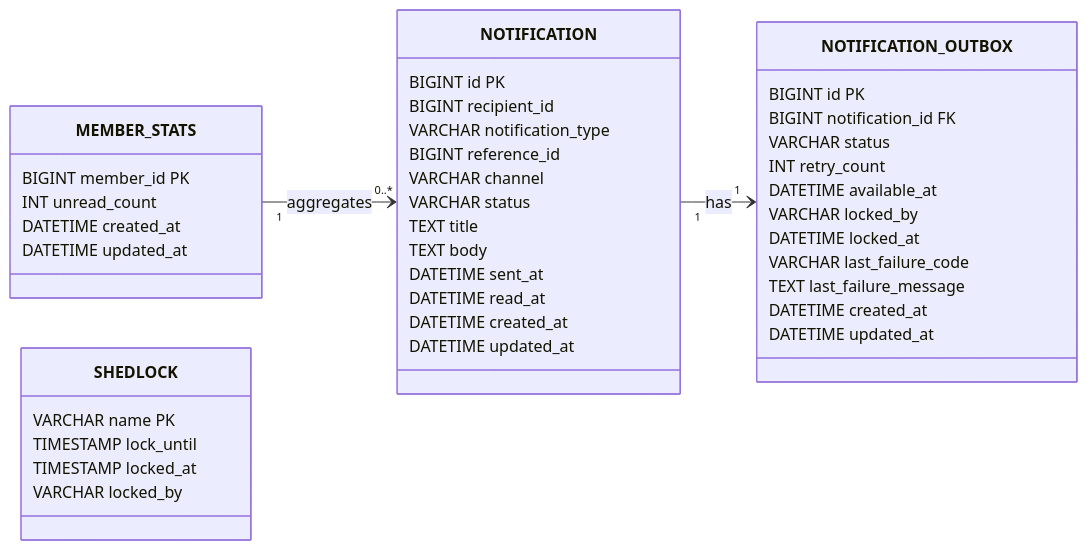
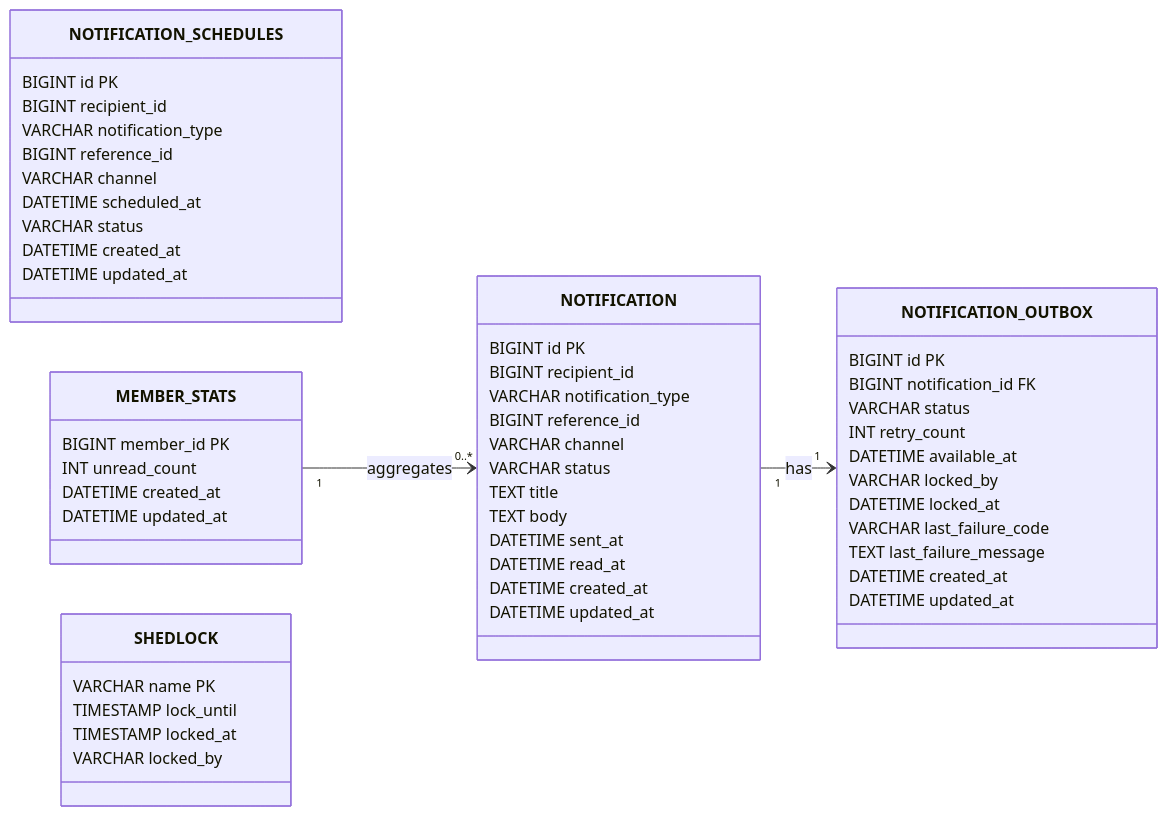
The diagram in README.md (Changha-dev/notification-system-design), drawn with Mermaid before and after one commit. The commit also changed other lines of this file, not shown here.

````diff
--- a/README.md
+++ b/README.md
@@ -153,50 +171,62 @@
 ```mermaid
 classDiagram
     direction LR
 
     class NOTIFICATION {
         BIGINT id PK
         BIGINT recipient_id
         VARCHAR notification_type
         BIGINT reference_id
         VARCHAR channel
         VARCHAR status
         TEXT title
         TEXT body
         DATETIME sent_at
         DATETIME read_at
+        DATETIME created_at
+        DATETIME updated_at
+    }
+
+    class NOTIFICATION_SCHEDULES {
+        BIGINT id PK
+        BIGINT recipient_id
+        VARCHAR notification_type
+        BIGINT reference_id
+        VARCHAR channel
+        DATETIME scheduled_at
+        VARCHAR status
         DATETIME created_at
         DATETIME updated_at
     }
 
     class NOTIFICATION_OUTBOX {
         BIGINT id PK
         BIGINT notification_id FK
         VARCHAR status
         INT retry_count
         DATETIME available_at
         VARCHAR locked_by
         DATETIME locked_at
         VARCHAR last_failure_code
         TEXT last_failure_message
         DATETIME created_at
         DATETIME updated_at
     }
 
     class MEMBER_STATS {
         BIGINT member_id PK
         INT unread_count
         DATETIME created_at
         DATETIME updated_at
     }
 
     class SHEDLOCK {
         VARCHAR name PK
         TIMESTAMP lock_until
         TIMESTAMP locked_at
         VARCHAR locked_by
     }
 
     NOTIFICATION "1" --> "1" NOTIFICATION_OUTBOX : has
     MEMBER_STATS "1" --> "0..*" NOTIFICATION : aggregates
 ```
````
